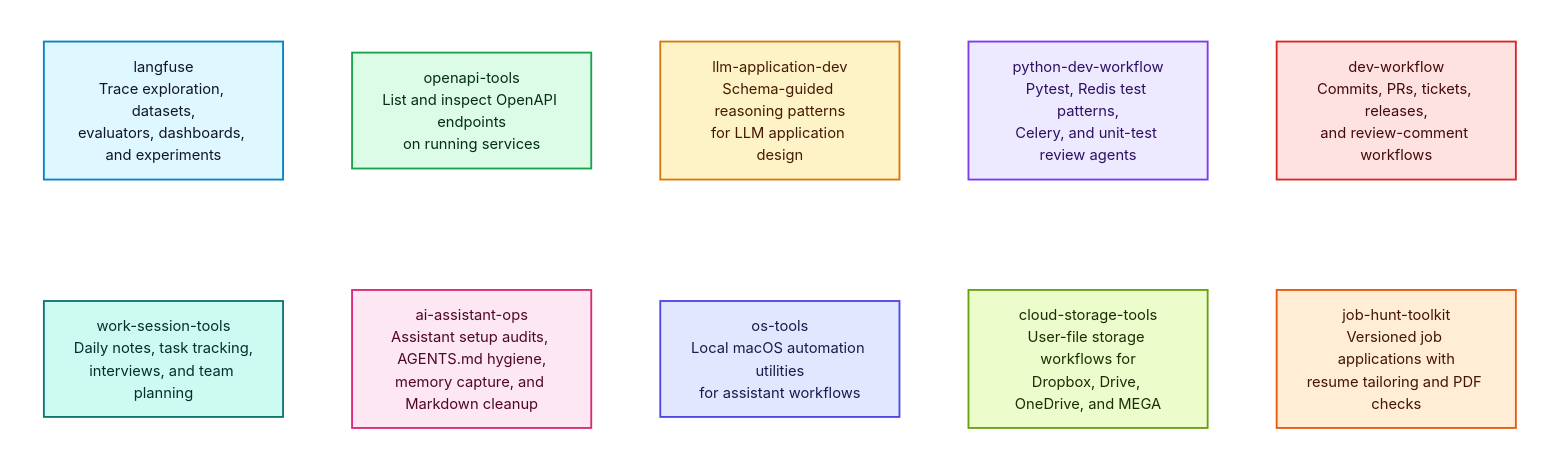
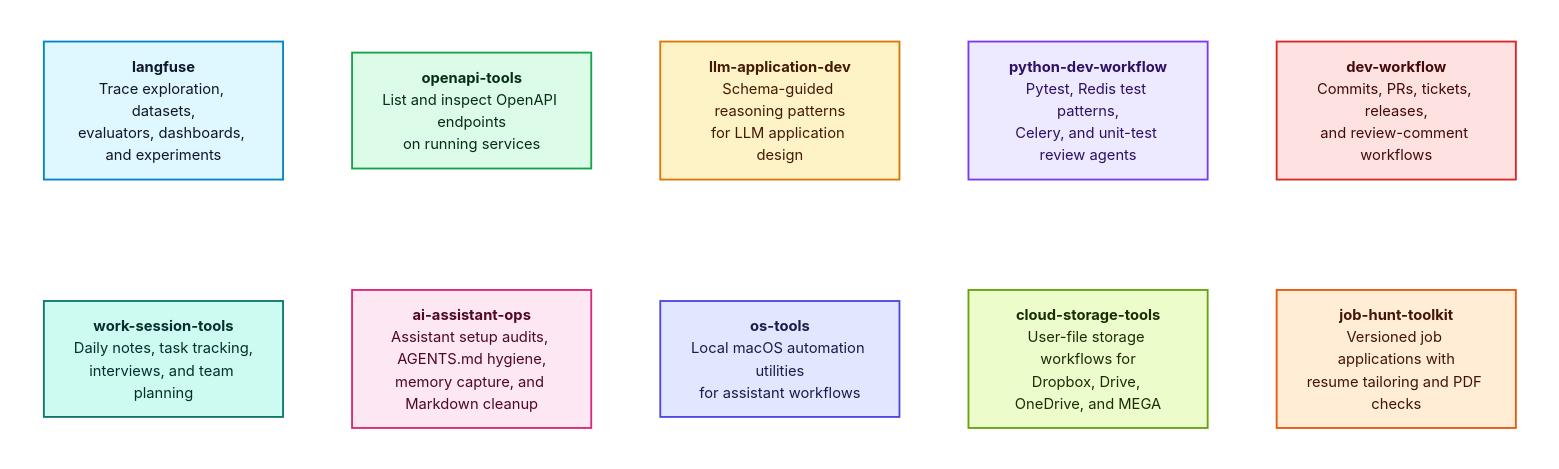
The diagram in README.md (Alex-Kopylov/zweihander), drawn with Mermaid before and after one commit.

Commit message:
docs: emphasize plugin catalog names

````diff
--- a/README.md
+++ b/README.md
@@ -82,38 +82,58 @@
 ```mermaid
 flowchart TB
 
 subgraph RowOne[" "]
   direction LR
-  Langfuse["langfuse<br/>Trace exploration, datasets,<br/>evaluators, dashboards, and experiments"]:::langfuse
-  OpenAPITools["openapi-tools<br/>List and inspect OpenAPI endpoints<br/>on running services"]:::openapi
-  LLMApplicationDev["llm-application-dev<br/>Schema-guided reasoning patterns<br/>for LLM application design"]:::llm
-  PythonDevWorkflow["python-dev-workflow<br/>Pytest, Redis test patterns,<br/>Celery, and unit-test review agents"]:::python
-  DevWorkflow["dev-workflow<br/>Commits, PRs, tickets, releases,<br/>and review-comment workflows"]:::dev
+  Langfuse["`**langfuse**
+  Trace exploration, datasets,
+  evaluators, dashboards, and experiments`"]:::langfuse
+  OpenAPITools["`**openapi-tools**
+  List and inspect OpenAPI endpoints
+  on running services`"]:::openapi
+  LLMApplicationDev["`**llm-application-dev**
+  Schema-guided reasoning patterns
+  for LLM application design`"]:::llm
+  PythonDevWorkflow["`**python-dev-workflow**
+  Pytest, Redis test patterns,
+  Celery, and unit-test review agents`"]:::python
+  DevWorkflow["`**dev-workflow**
+  Commits, PRs, tickets, releases,
+  and review-comment workflows`"]:::dev
 end
 
 subgraph RowTwo[" "]
   direction LR
-  WorkSessionTools["work-session-tools<br/>Daily notes, task tracking,<br/>interviews, and team planning"]:::session
-  AIAssistantOps["ai-assistant-ops<br/>Assistant setup audits, AGENTS.md hygiene,<br/>memory capture, and Markdown cleanup"]:::ops
-  OSTools["os-tools<br/>Local macOS automation utilities<br/>for assistant workflows"]:::os
-  CloudStorageTools["cloud-storage-tools<br/>User-file storage workflows for<br/>Dropbox, Drive, OneDrive, and MEGA"]:::storage
-  JobHuntToolkit["job-hunt-toolkit<br/>Versioned job applications with<br/>resume tailoring and PDF checks"]:::job
+  WorkSessionTools["`**work-session-tools**
+  Daily notes, task tracking,
+  interviews, and team planning`"]:::session
+  AIAssistantOps["`**ai-assistant-ops**
+  Assistant setup audits, AGENTS.md hygiene,
+  memory capture, and Markdown cleanup`"]:::ops
+  OSTools["`**os-tools**
+  Local macOS automation utilities
+  for assistant workflows`"]:::os
+  CloudStorageTools["`**cloud-storage-tools**
+  User-file storage workflows for
+  Dropbox, Drive, OneDrive, and MEGA`"]:::storage
+  JobHuntToolkit["`**job-hunt-toolkit**
+  Versioned job applications with
+  resume tailoring and PDF checks`"]:::job
 end
 
 Langfuse ~~~ OpenAPITools ~~~ LLMApplicationDev ~~~ PythonDevWorkflow ~~~ DevWorkflow
 WorkSessionTools ~~~ AIAssistantOps ~~~ OSTools ~~~ CloudStorageTools ~~~ JobHuntToolkit
 RowOne ~~~ RowTwo
 
 classDef langfuse fill:#dff7ff,stroke:#0284c7,stroke-width:2px,color:#0f172a;
 classDef openapi fill:#dcfce7,stroke:#16a34a,stroke-width:2px,color:#052e16;
 classDef llm fill:#fef3c7,stroke:#d97706,stroke-width:2px,color:#451a03;
 classDef python fill:#ede9fe,stroke:#7c3aed,stroke-width:2px,color:#2e1065;
 classDef dev fill:#fee2e2,stroke:#dc2626,stroke-width:2px,color:#450a0a;
 classDef session fill:#ccfbf1,stroke:#0f766e,stroke-width:2px,color:#042f2e;
 classDef ops fill:#fce7f3,stroke:#db2777,stroke-width:2px,color:#500724;
 classDef os fill:#e0e7ff,stroke:#4f46e5,stroke-width:2px,color:#1e1b4b;
 classDef storage fill:#ecfccb,stroke:#65a30d,stroke-width:2px,color:#1a2e05;
 classDef job fill:#ffedd5,stroke:#ea580c,stroke-width:2px,color:#431407;
 style RowOne fill:transparent,stroke:transparent,color:transparent;
 style RowTwo fill:transparent,stroke:transparent,color:transparent;
 ```
````
